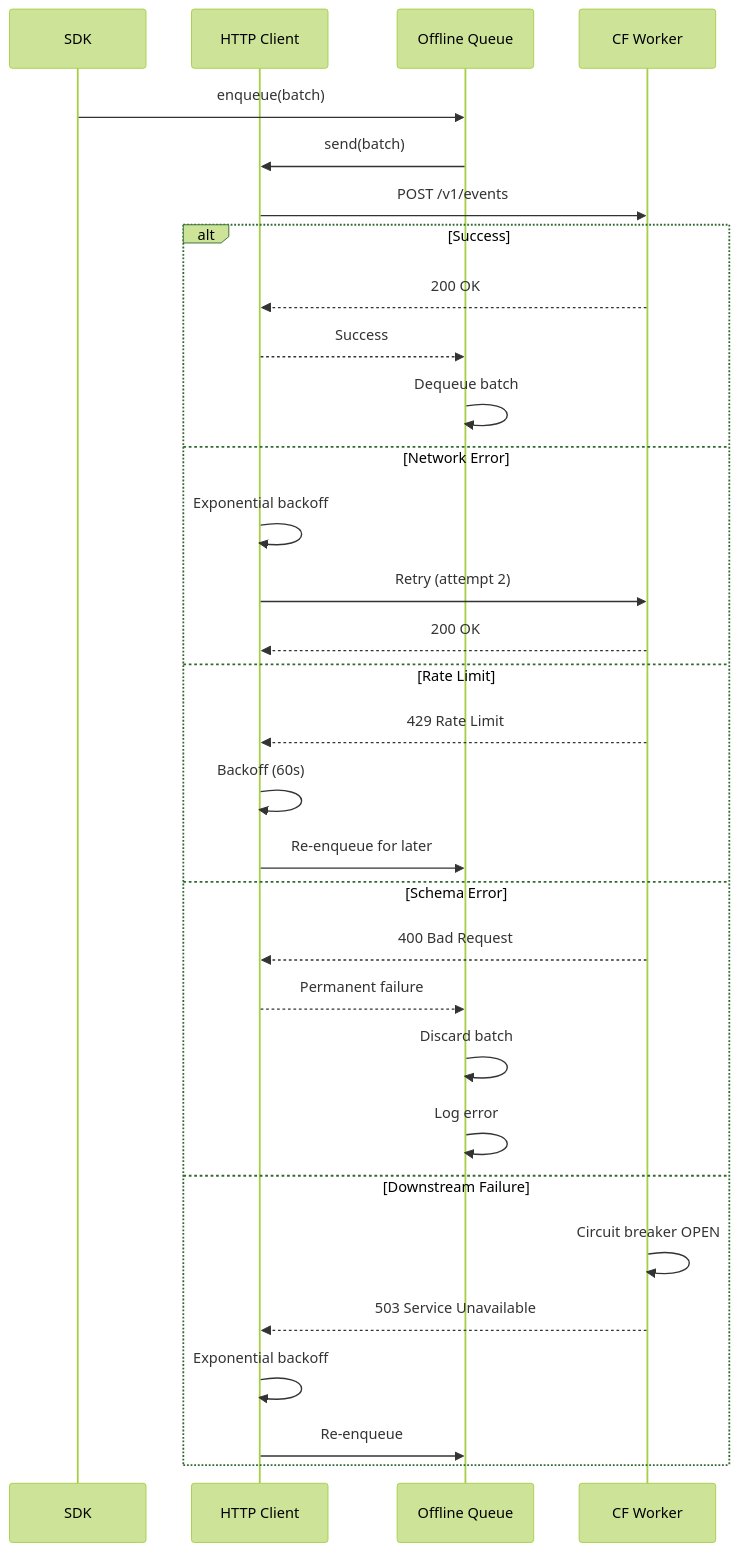
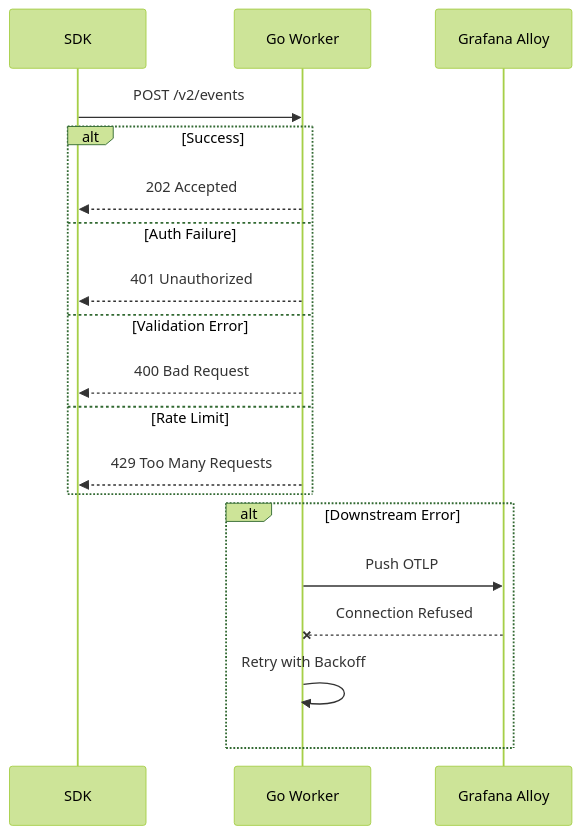
One commit to openqoe/openqoe-dev changed the sixth of 14 diagrams in docs/architecture.md. Above: the diagram before and after it, drawn with Mermaid (forest theme). The commit also changed other lines of this file and 12 other files, not shown here.

````diff
--- a/docs/architecture.md
+++ b/docs/architecture.md
@@ -349,35 +281,23 @@
 ```mermaid
 sequenceDiagram
     participant SDK as SDK
-    participant HTTP as HTTP Client
-    participant Queue as Offline Queue
-    participant Worker as CF Worker
+    participant Worker as Go Worker
+    participant Alloy as Grafana Alloy
 
-    SDK->>Queue: enqueue(batch)
-    Queue->>HTTP: send(batch)
-    HTTP->>Worker: POST /v1/events
+    SDK->>Worker: POST /v2/events
+    alt Success
+        Worker-->>SDK: 202 Accepted
+    else Auth Failure
+        Worker-->>SDK: 401 Unauthorized
+    else Validation Error
+        Worker-->>SDK: 400 Bad Request
+    else Rate Limit
+        Worker-->>SDK: 429 Too Many Requests
+    end
 
-    alt Success
-        Worker-->>HTTP: 200 OK
-        HTTP-->>Queue: Success
-        Queue->>Queue: Dequeue batch
-    else Network Error
-        HTTP->>HTTP: Exponential backoff
-        HTTP->>Worker: Retry (attempt 2)
-        Worker-->>HTTP: 200 OK
-    else Rate Limit
-        Worker-->>HTTP: 429 Rate Limit
-        HTTP->>HTTP: Backoff (60s)
-        HTTP->>Queue: Re-enqueue for later
-    else Schema Error
-        Worker-->>HTTP: 400 Bad Request
-        HTTP-->>Queue: Permanent failure
-        Queue->>Queue: Discard batch
-        Queue->>Queue: Log error
-    else Downstream Failure
-        Worker->>Worker: Circuit breaker OPEN
-        Worker-->>HTTP: 503 Service Unavailable
-        HTTP->>HTTP: Exponential backoff
-        HTTP->>Queue: Re-enqueue
+    alt Downstream Error
+        Worker->>Alloy: Push OTLP
+        Alloy--XWorker: Connection Refused
+        Worker->>Worker: Retry with Backoff
     end
 ```
````
